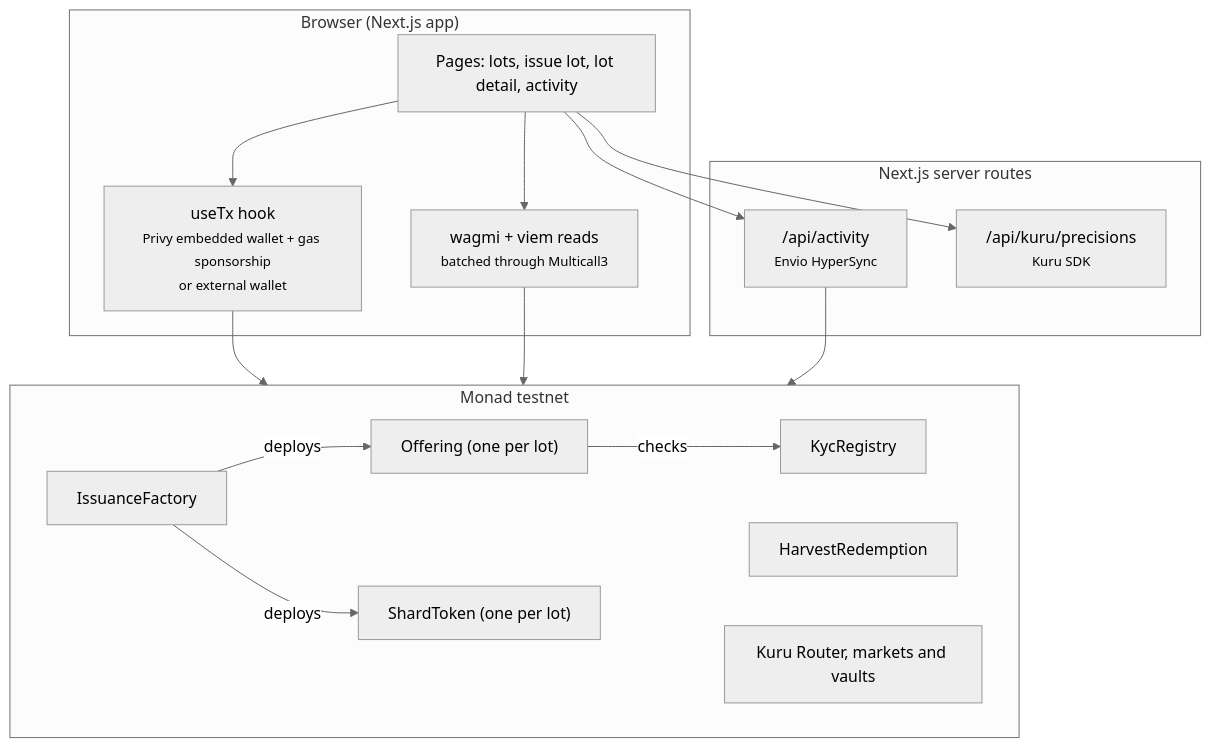
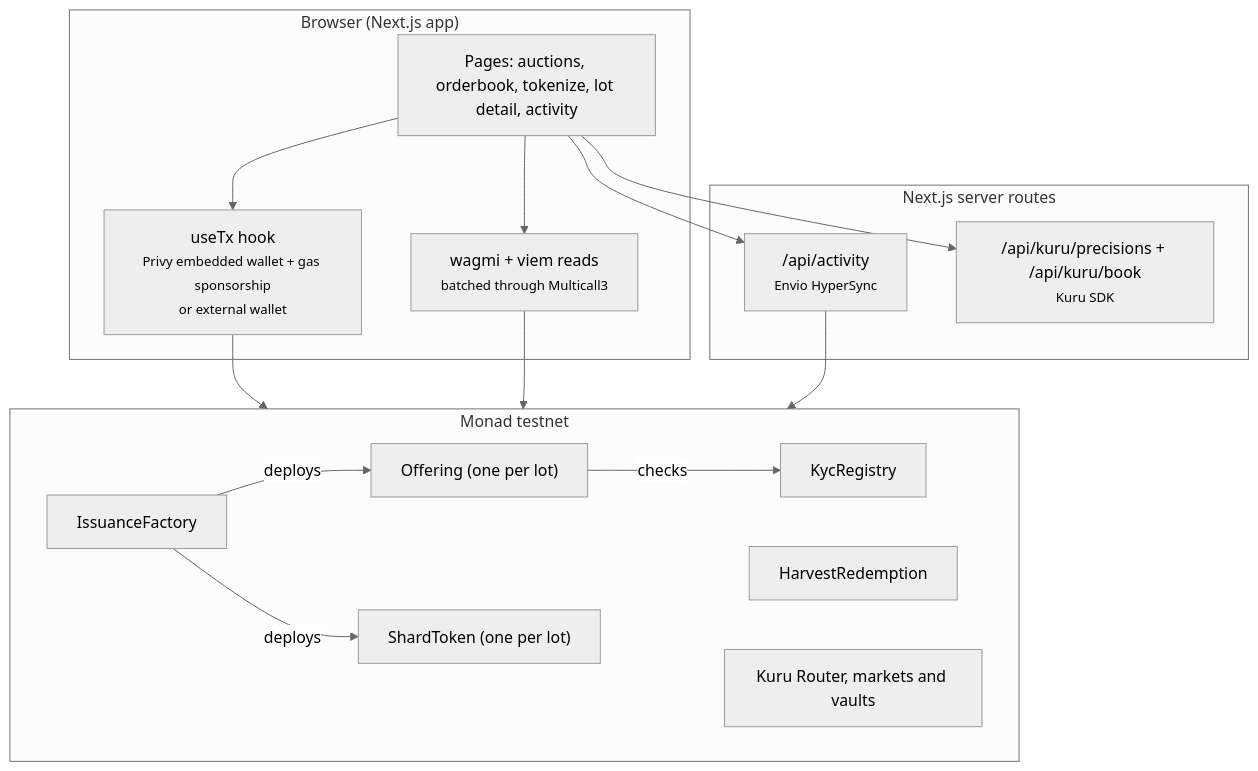
One commit to Antony27c/FractaChain-Monad changed the second of 2 diagrams in README.md. Above: the diagram before and after it, drawn with Mermaid (neutral theme). The commit also changed other lines of this file and 10 other files, not shown here.

Commit message:
Add an Orderbook page with Kuru's L2 book and rename sections to Auctions and Tokenize

````diff
--- a/README.md
+++ b/README.md
@@ -39,30 +39,30 @@
 ```mermaid
 flowchart TB
     subgraph Browser["Browser (Next.js app)"]
-        UI["Pages: lots, issue lot, lot detail, activity"]
+        UI["Pages: auctions, orderbook, tokenize, lot detail, activity"]
         TX["useTx hook<br/><small>Privy embedded wallet + gas sponsorship<br/>or external wallet</small>"]
         RD["wagmi + viem reads<br/><small>batched through Multicall3</small>"]
     end
 
     subgraph Server["Next.js server routes"]
         ACT["/api/activity<br/><small>Envio HyperSync</small>"]
-        PREC["/api/kuru/precisions<br/><small>Kuru SDK</small>"]
+        PREC["/api/kuru/precisions + /api/kuru/book<br/><small>Kuru SDK</small>"]
     end
 
     subgraph Monad["Monad testnet"]
         KYC["KycRegistry"]
         FAC["IssuanceFactory"]
         OFF["Offering (one per lot)"]
         SHA["ShardToken (one per lot)"]
         RED["HarvestRedemption"]
         KR["Kuru Router, markets and vaults"]
     end
 
     UI --> TX --> Monad
     UI --> RD --> Monad
     UI --> ACT --> Monad
     UI --> PREC
     FAC -->|deploys| OFF
     FAC -->|deploys| SHA
     OFF -->|checks| KYC
 ```
````
